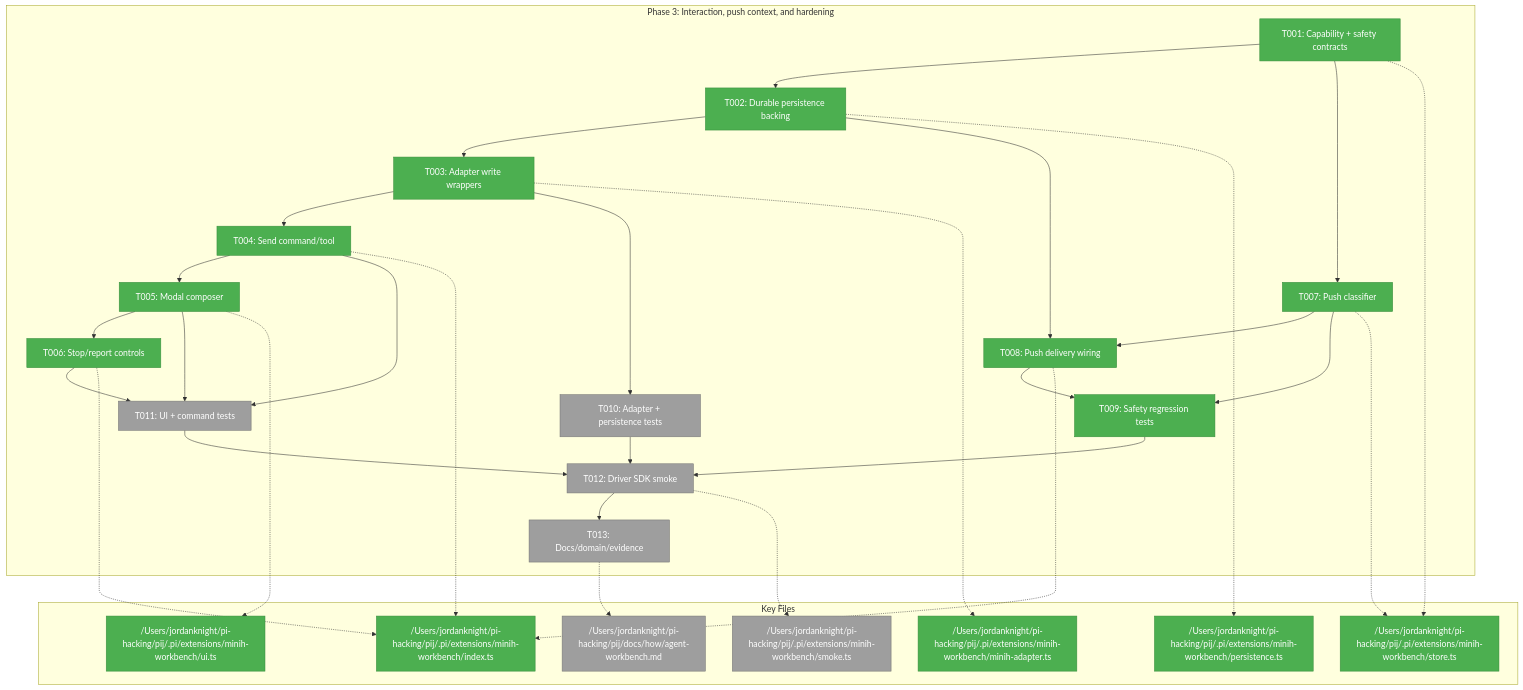
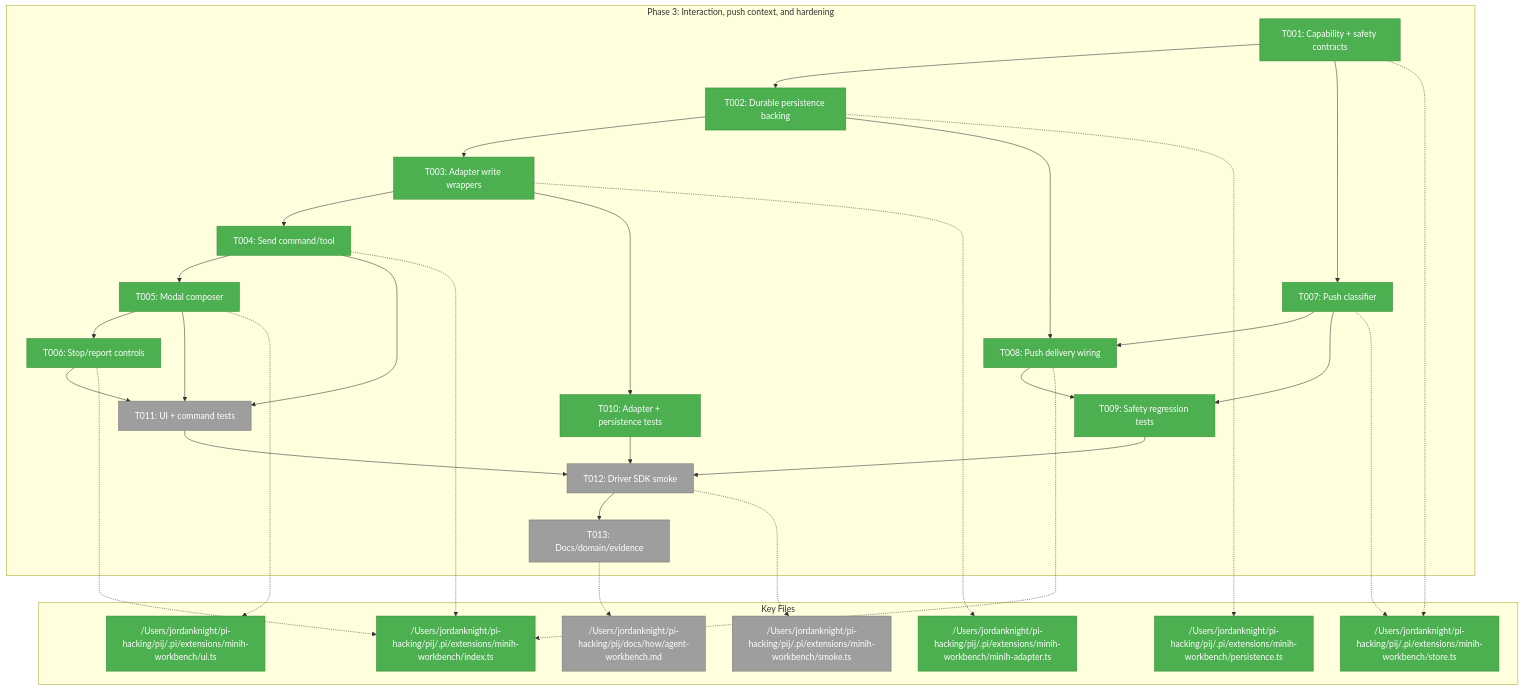
The first of 3 diagrams in docs/plans/007-options-for-pi-extensions-that-do-subagents/tasks/phase-3-interaction-push-context-and-hardening/tasks.md (vaughanknight/pij), drawn with Mermaid before and after one commit. The commit also changed other lines of this file and 3 other files, not shown here.

````diff
--- a/docs/plans/007-options-for-pi-extensions-that-do-subagents/tasks/phase-3-interaction-push-context-and-hardening/tasks.md
+++ b/docs/plans/007-options-for-pi-extensions-that-do-subagents/tasks/phase-3-interaction-push-context-and-hardening/tasks.md
@@ -183,55 +183,55 @@
 ```mermaid
 flowchart TD
     classDef pending fill:#9E9E9E,stroke:#757575,color:#fff
     classDef inprogress fill:#FFC107,stroke:#FFA000,color:#000
     classDef completed fill:#4CAF50,stroke:#388E3C,color:#fff
 
     subgraph Phase["Phase 3: Interaction, push context, and hardening"]
         T001["T001: Capability + safety contracts"]:::completed
         T002["T002: Durable persistence backing"]:::completed
         T003["T003: Adapter write wrappers"]:::completed
         T004["T004: Send command/tool"]:::completed
         T005["T005: Modal composer"]:::completed
         T006["T006: Stop/report controls"]:::completed
         T007["T007: Push classifier"]:::completed
         T008["T008: Push delivery wiring"]:::completed
         T009["T009: Safety regression tests"]:::completed
-        T010["T010: Adapter + persistence tests"]:::pending
+        T010["T010: Adapter + persistence tests"]:::completed
         T011["T011: UI + command tests"]:::pending
         T012["T012: Driver SDK smoke"]:::pending
         T013["T013: Docs/domain/evidence"]:::pending
         T001 --> T002 --> T003 --> T004 --> T005 --> T006
         T001 --> T007 --> T008
         T002 --> T008
         T003 --> T010
         T004 --> T011
         T005 --> T011
         T006 --> T011
         T007 --> T009
         T008 --> T009
         T009 --> T012 --> T013
         T010 --> T012
         T011 --> T012
     end
 
     subgraph Files["Key Files"]
         F1["/Users/jordanknight/pi-hacking/pij/.pi/extensions/minih-workbench/store.ts"]:::completed
         F2["/Users/jordanknight/pi-hacking/pij/.pi/extensions/minih-workbench/persistence.ts"]:::completed
         F3["/Users/jordanknight/pi-hacking/pij/.pi/extensions/minih-workbench/minih-adapter.ts"]:::completed
         F4["/Users/jordanknight/pi-hacking/pij/.pi/extensions/minih-workbench/index.ts"]:::completed
         F5["/Users/jordanknight/pi-hacking/pij/.pi/extensions/minih-workbench/ui.ts"]:::completed
         F6["/Users/jordanknight/pi-hacking/pij/.pi/extensions/minih-workbench/smoke.ts"]:::pending
         F7["/Users/jordanknight/pi-hacking/pij/docs/how/agent-workbench.md"]:::pending
     end
 
     T001 -.-> F1
     T002 -.-> F2
     T003 -.-> F3
     T004 -.-> F4
     T005 -.-> F5
     T006 -.-> F4
     T007 -.-> F1
     T008 -.-> F4
     T012 -.-> F6
     T013 -.-> F7
 ```
````
